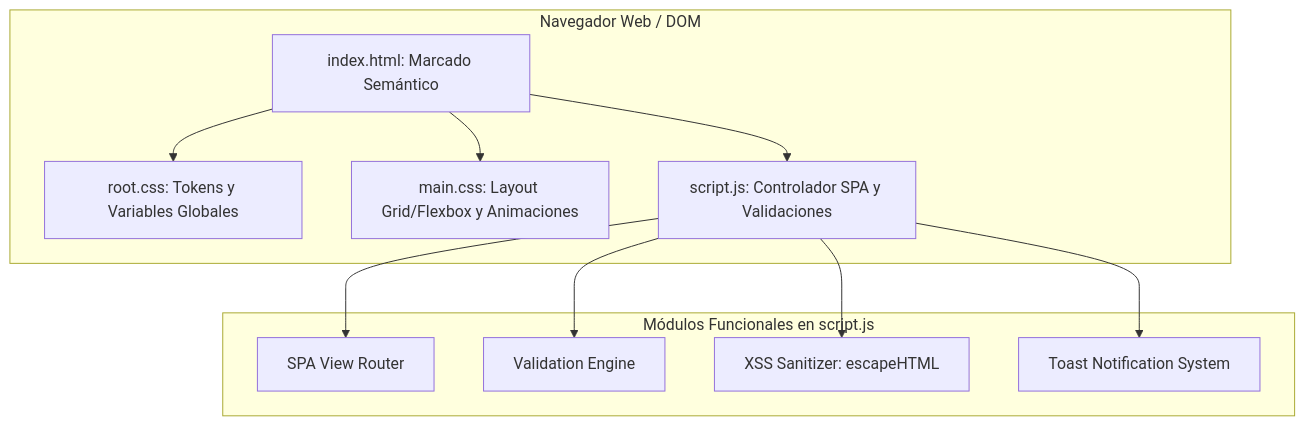
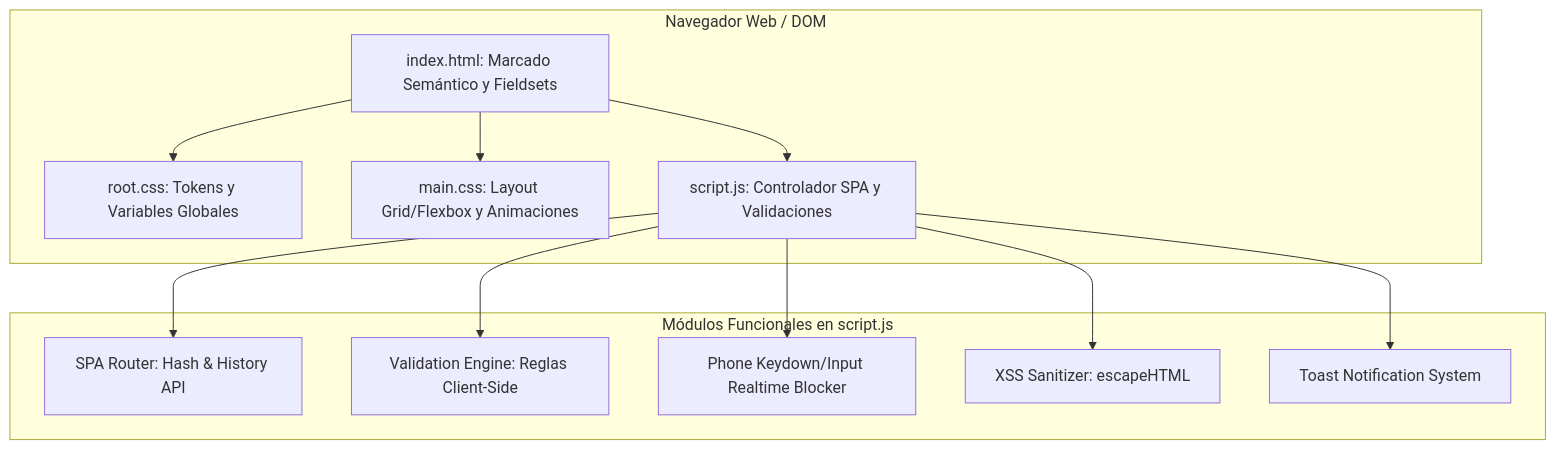
Before and after one commit to JavicSoftCode-01/S4-TRABAJO-PR-CTICO-EXPERIMENTAL_1: the first of 2 diagrams in README.md, drawn with Mermaid. The commit also changed other lines of this file and 8 other files, not shown here.

Commit message:
feat(spa): add dynamic hash routing, strict gmail validation, phone input lock, and age bounds

````diff
--- a/README.md
+++ b/README.md
@@ -33,25 +37,27 @@
 ```mermaid
 graph TD
     subgraph ClienteWeb[Navegador Web / DOM]
-        HTML[index.html: Marcado Semántico]
+        HTML[index.html: Marcado Semántico y Fieldsets]
         ROOT[root.css: Tokens y Variables Globales]
         MAIN[main.css: Layout Grid/Flexbox y Animaciones]
         JS[script.js: Controlador SPA y Validaciones]
     end
 
     HTML --> ROOT
     HTML --> MAIN
     HTML --> JS
 
     subgraph ModulosJS[Módulos Funcionales en script.js]
-        Router[SPA View Router]
-        Validator[Validation Engine]
+        Router[SPA Router: Hash & History API]
+        Validator[Validation Engine: Reglas Client-Side]
+        InputFilter[Phone Keydown/Input Realtime Blocker]
         XSS[XSS Sanitizer: escapeHTML]
         Toaster[Toast Notification System]
     end
 
     JS --> Router
     JS --> Validator
+    JS --> InputFilter
     JS --> XSS
     JS --> Toaster
 ```
````
